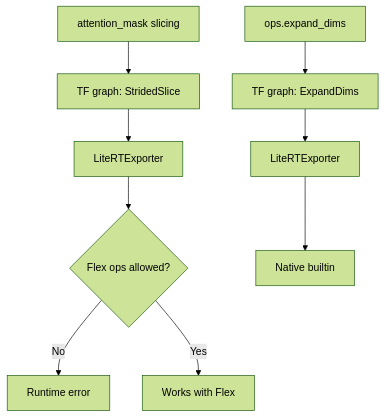
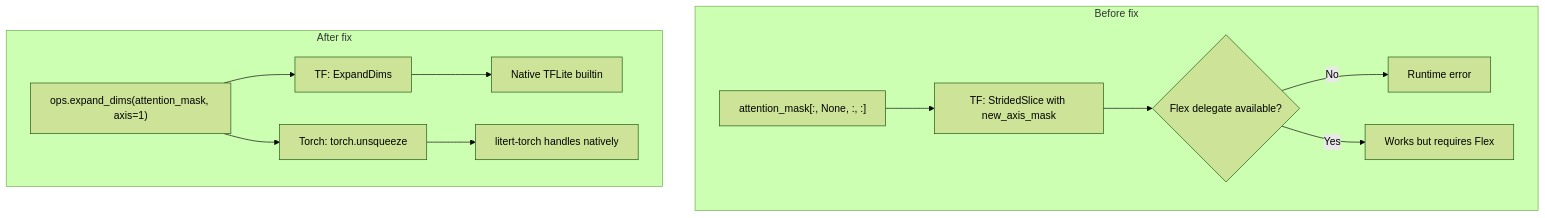
The first of 3 diagrams in PR_DESCRIPTION.md (keras-team/keras-hub), drawn with Mermaid (forest theme) before and after one commit. The commit also changed other lines of this file, not shown here.

Commit message:
Fix diagrams, improve explanations: root cause analysis, test infrastructure, xfail markers, TF/torch backend interaction

````diff
--- a/PR_DESCRIPTION.md
+++ b/PR_DESCRIPTION.md
@@ -53,12 +55,15 @@
 ```mermaid
 flowchart TD
-    A[attention_mask slicing] --> B[TF graph: StridedSlice]
-    B --> C[LiteRTExporter]
-    C --> D{Flex ops allowed?}
-    D -- No --> E[Runtime error]
-    D -- Yes --> F[Works with Flex]
-    
-    G[ops.expand_dims] --> H[TF graph: ExpandDims]
-    H --> I[LiteRTExporter]
-    I --> J[Native builtin]
+    subgraph "Before fix"
+        A["attention_mask[:, None, :, :]"] --> B[TF: StridedSlice with new_axis_mask]
+        B --> C{Flex delegate available?}
+        C -- No --> D[Runtime error]
+        C -- Yes --> E[Works but requires Flex]
+    end
+    subgraph "After fix"
+        F["ops.expand_dims(attention_mask, axis=1)"] --> G[TF: ExpandDims]
+        G --> H[Native TFLite builtin]
+        F --> I[Torch: torch.unsqueeze]
+        I --> J[litert-torch handles natively]
+    end
 ```
````
